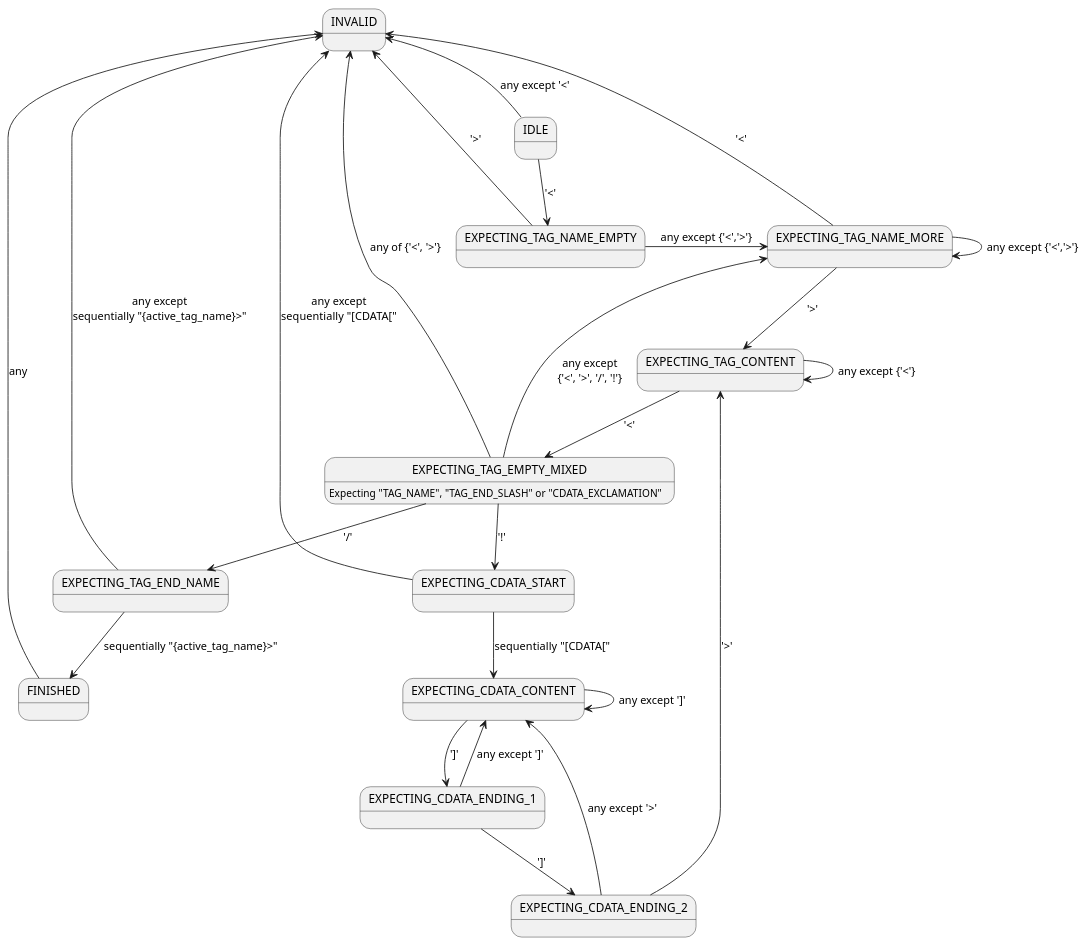
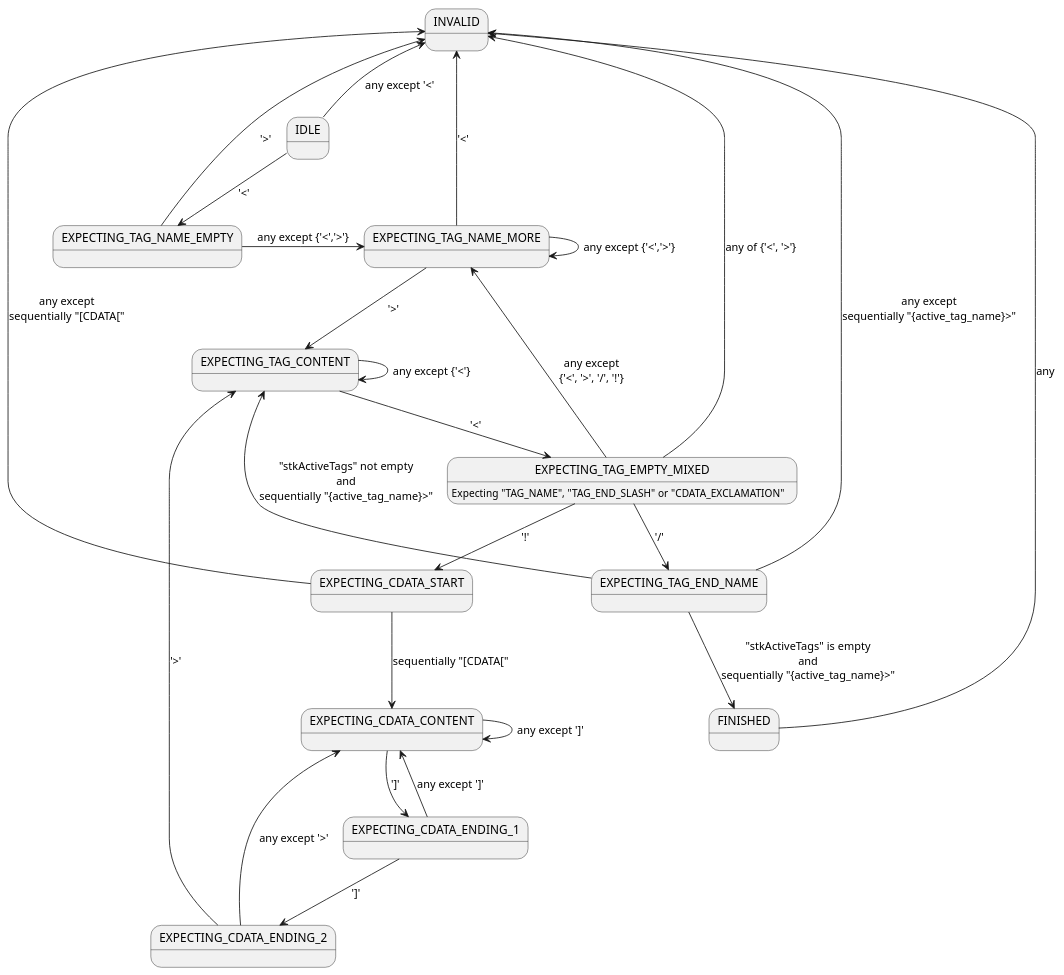
Before and after one commit to genxium/Leetcode: the diagram in p591_Tag_Validator/fsm.puml, drawn with PlantUML. The commit also changed 4 other files, not shown here.

```diff
--- a/p591_Tag_Validator/fsm.puml
+++ b/p591_Tag_Validator/fsm.puml
@@ -1,36 +1,37 @@
 @startuml
 
 state "IDLE" as IDLE 
 EXPECTING_TAG_EMPTY_MIXED: Expecting "TAG_NAME", "TAG_END_SLASH" or "CDATA_EXCLAMATION"
 
 IDLE -down-> EXPECTING_TAG_NAME_EMPTY: '<'
 EXPECTING_TAG_NAME_EMPTY -right-> EXPECTING_TAG_NAME_MORE: any except {'<','>'}
 EXPECTING_TAG_NAME_MORE --> EXPECTING_TAG_NAME_MORE: any except {'<','>'}
 EXPECTING_TAG_NAME_MORE -down-> EXPECTING_TAG_CONTENT: '>'
 
 EXPECTING_TAG_CONTENT --> EXPECTING_TAG_CONTENT: any except {'<'}  
 EXPECTING_TAG_CONTENT --> EXPECTING_TAG_EMPTY_MIXED: '<'  
 EXPECTING_TAG_EMPTY_MIXED -right-> EXPECTING_TAG_NAME_MORE: any except\n{'<', '>', '/', '!'}  
 EXPECTING_TAG_EMPTY_MIXED --> EXPECTING_CDATA_START: '!'  
 EXPECTING_CDATA_START --> INVALID: any except\nsequentially "[CDATA[" 
 EXPECTING_CDATA_START --> EXPECTING_CDATA_CONTENT: sequentially "[CDATA[" 
 EXPECTING_CDATA_CONTENT --> EXPECTING_CDATA_CONTENT: any except ']' 
 EXPECTING_CDATA_CONTENT --> EXPECTING_CDATA_ENDING_1: ']' 
 EXPECTING_CDATA_ENDING_1 --> EXPECTING_CDATA_CONTENT: any except ']'  
 EXPECTING_CDATA_ENDING_1 --> EXPECTING_CDATA_ENDING_2: ']' 
 EXPECTING_CDATA_ENDING_2 --> EXPECTING_CDATA_CONTENT: any except '>' 
 EXPECTING_CDATA_ENDING_2 --> EXPECTING_TAG_CONTENT: '>' 
 
 EXPECTING_TAG_EMPTY_MIXED -down-> EXPECTING_TAG_END_NAME: '/'  
 
 IDLE -up-> INVALID: any except '<'
 EXPECTING_TAG_END_NAME -left-> INVALID: any except\nsequentially "{active_tag_name}>"  
 EXPECTING_TAG_NAME_MORE -left-> INVALID: '<'
 EXPECTING_TAG_EMPTY_MIXED --> INVALID: any of {'<', '>'}  
 EXPECTING_TAG_NAME_EMPTY -down-> INVALID: '>'  
 
-EXPECTING_TAG_END_NAME --> FINISHED: sequentially "{active_tag_name}>"  
+EXPECTING_TAG_END_NAME --> FINISHED: "stkActiveTags" is empty\nand\nsequentially "{active_tag_name}>"  
+EXPECTING_TAG_END_NAME --> EXPECTING_TAG_CONTENT: "stkActiveTags" not empty\nand\nsequentially "{active_tag_name}>"  
 FINISHED --> INVALID: any 
 
 
 @enduml
```
